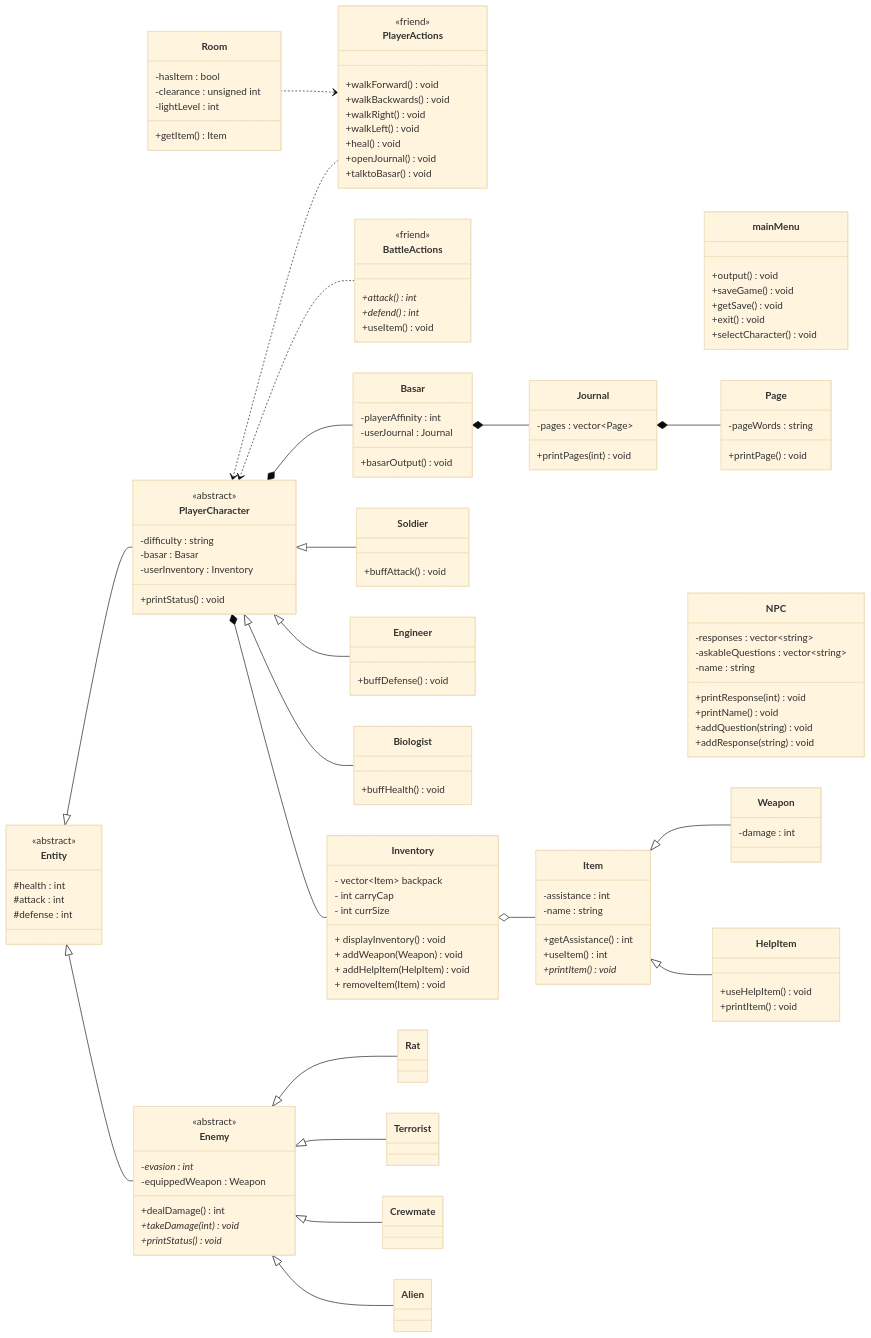
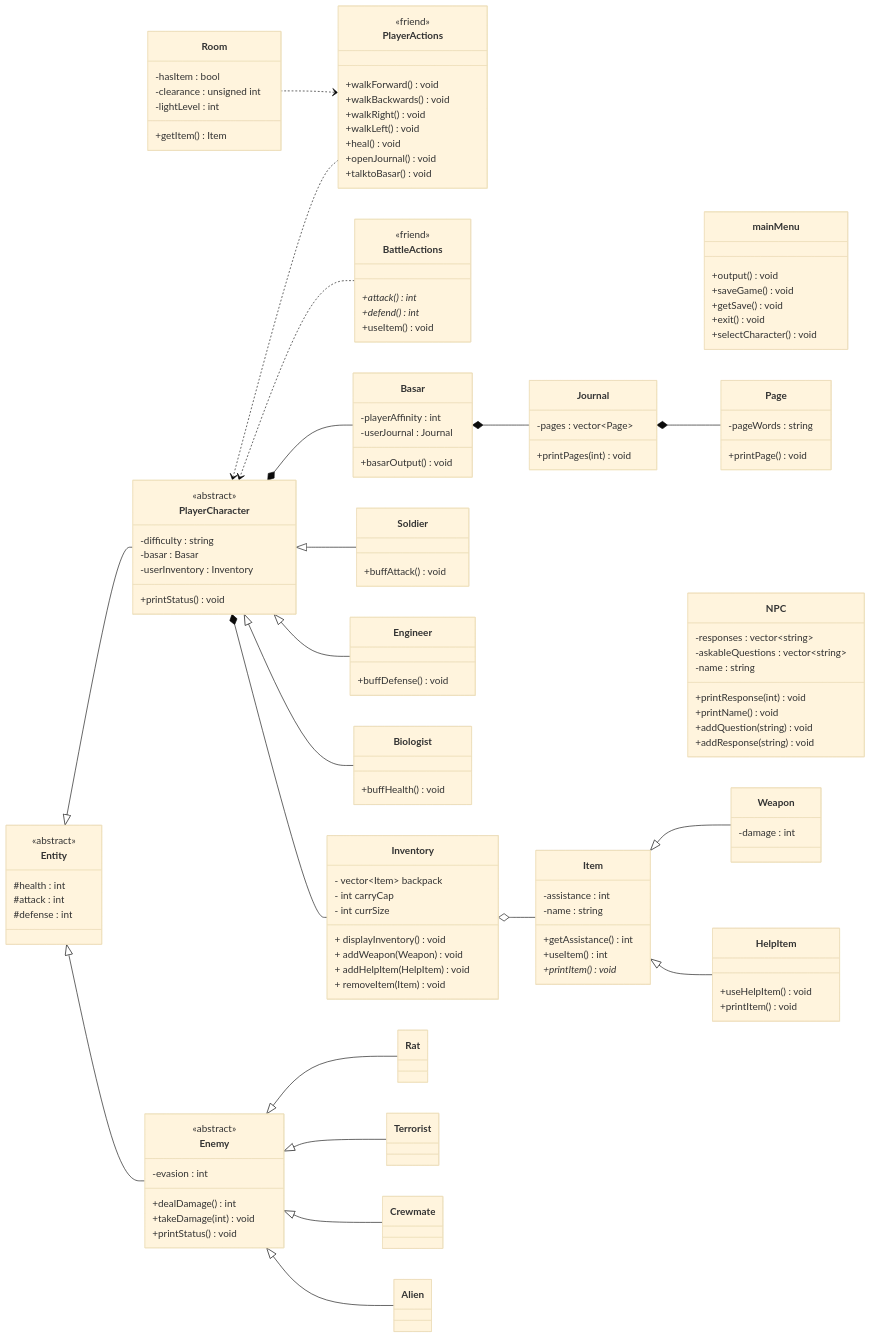
One commit to jalee314/dAEraFinal changed the diagram in README.md. Above: the diagram before and after it, drawn with Mermaid (base theme).

Commit message:
Updated Enemy Class Diagram

```diff
--- a/README.md
+++ b/README.md
@@ -151,11 +151,10 @@
 <<abstract>> PlayerCharacter
 
 class Enemy {
-    -evasion : int*
-    -equippedWeapon : Weapon
+    -evasion : int
     +dealDamage()int
-    +takeDamage(int)void*
-    +printStatus()void*
+    +takeDamage(int)void
+    +printStatus()void
 }
 <<abstract>> Enemy
 
```
